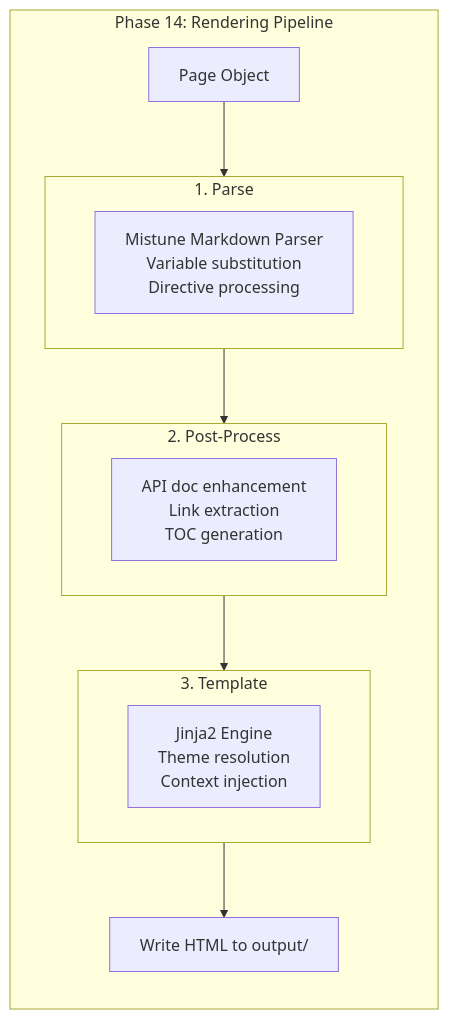
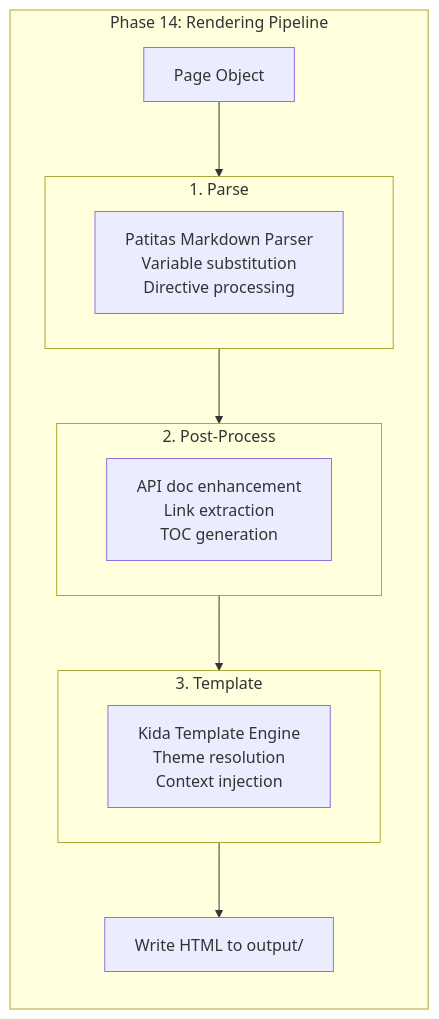
Before and after one commit to lbliii/bengal: the second of 2 diagrams in site/content/docs/reference/architecture/core/data-flow.md, drawn with Mermaid. The commit also changed 14 other files, not shown here.

````diff
--- a/site/content/docs/reference/architecture/core/data-flow.md
+++ b/site/content/docs/reference/architecture/core/data-flow.md
@@ -79,25 +79,25 @@
 ```mermaid
 flowchart LR
     subgraph Phase14 [Phase 14: Rendering Pipeline]
         direction TB
         Input[Page Object] --> Parse
 
         subgraph Parse [1. Parse]
-            P1_Parse["Mistune Markdown Parser<br/>Variable substitution<br/>Directive processing"]
+            P1_Parse["Patitas Markdown Parser<br/>Variable substitution<br/>Directive processing"]
         end
 
         Parse --> PostProc
 
         subgraph PostProc [2. Post-Process]
             P2_Post["API doc enhancement<br/>Link extraction<br/>TOC generation"]
         end
 
         PostProc --> Template
 
         subgraph Template [3. Template]
-            P3_Template["Jinja2 Engine<br/>Theme resolution<br/>Context injection"]
+            P3_Template["Kida Template Engine<br/>Theme resolution<br/>Context injection"]
         end
 
         Template --> Output[Write HTML to output/]
     end
 ```
````
